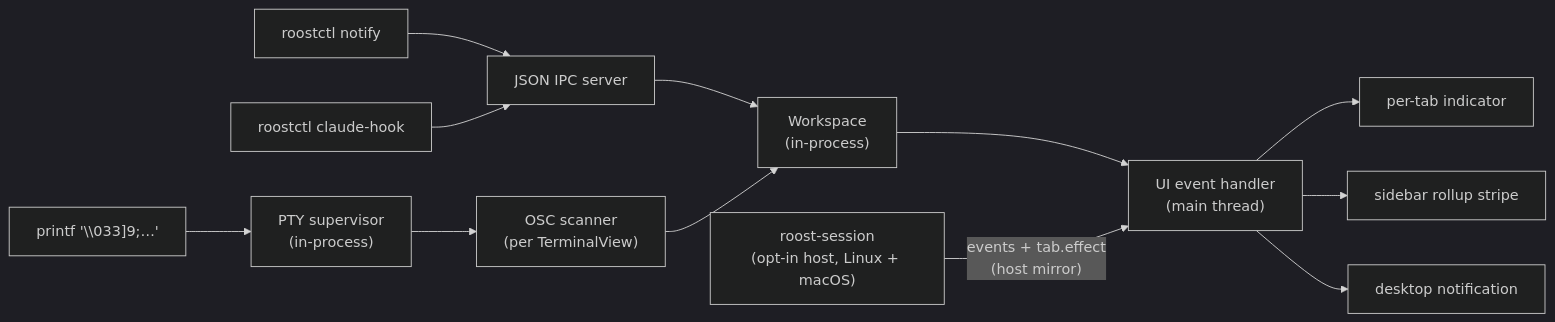
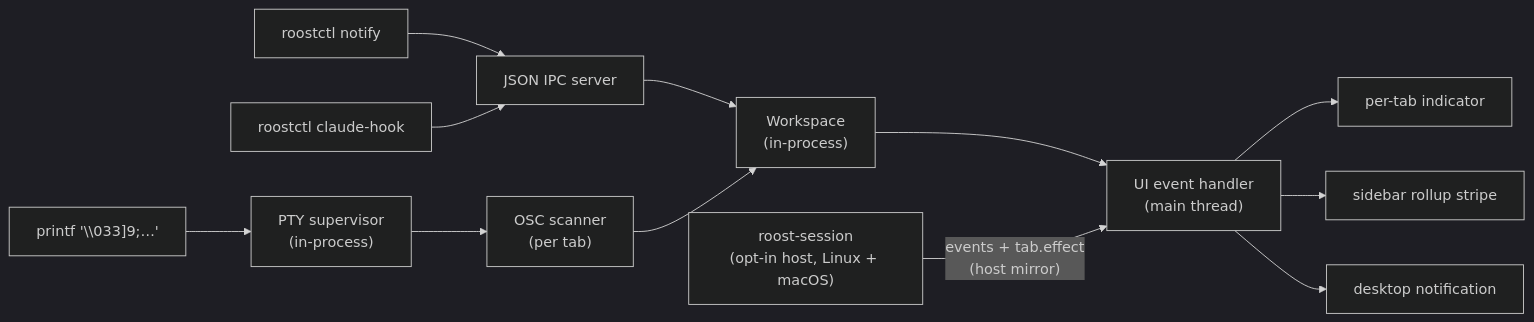
One commit to charliek/roost changed the diagram in docs/reference/architecture.md. Above: the diagram before and after it, drawn with Mermaid (dark theme). The commit also changed other lines of this file and 37 other files, not shown here.

````diff
--- a/docs/reference/architecture.md
+++ b/docs/reference/architecture.md
@@ -65,25 +62,25 @@
 ```mermaid
 flowchart LR
     CLI["roostctl notify"]
     Hook["roostctl claude-hook"]
     OSC["printf '\\033]9;…'"]
     PTY["PTY supervisor<br/>(in-process)"]
     Workspace["Workspace<br/>(in-process)"]
-    Scanner["OSC scanner<br/>(per TerminalView)"]
+    Scanner["OSC scanner<br/>(per tab)"]
     UI["UI event handler<br/>(main thread)"]
     Indicator["per-tab indicator"]
     Stripe["sidebar rollup stripe"]
     Banner["desktop notification"]
     IPC["JSON IPC server"]
     Session["roost-session<br/>(opt-in host, Linux + macOS)"]
 
     CLI --> IPC
     Hook --> IPC
     IPC --> Workspace
     OSC --> PTY --> Scanner --> Workspace
     Workspace --> UI
     Session -- "events + tab.effect<br/>(host mirror)" --> UI
     UI --> Indicator
     UI --> Stripe
     UI --> Banner
 ```
````
